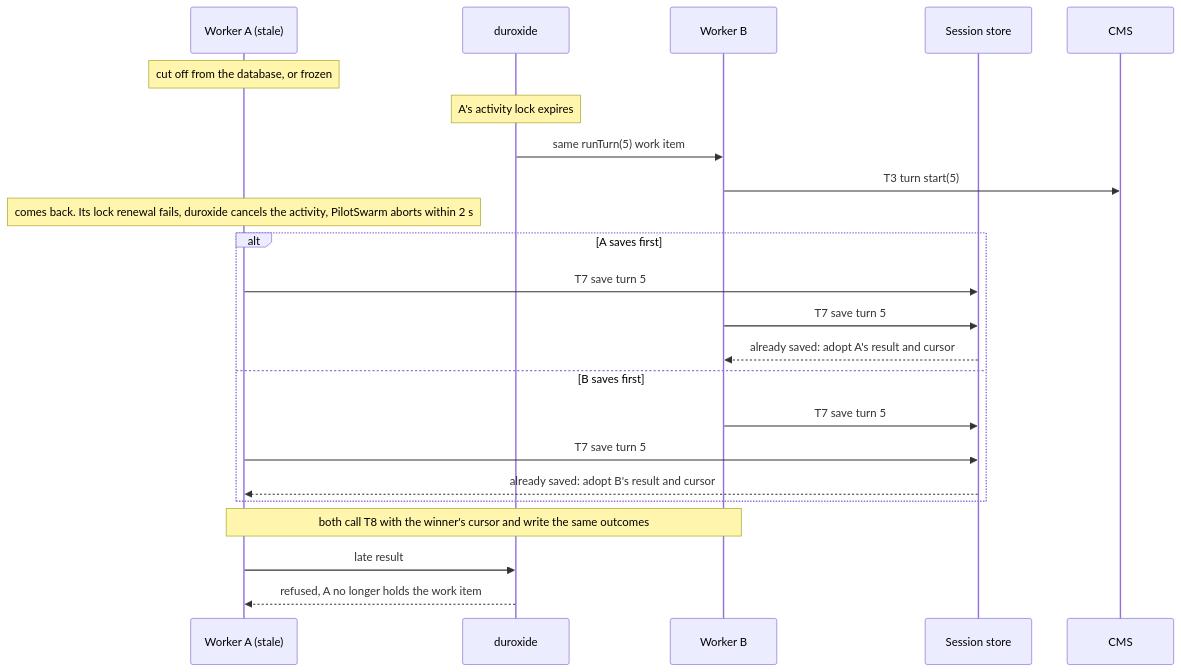
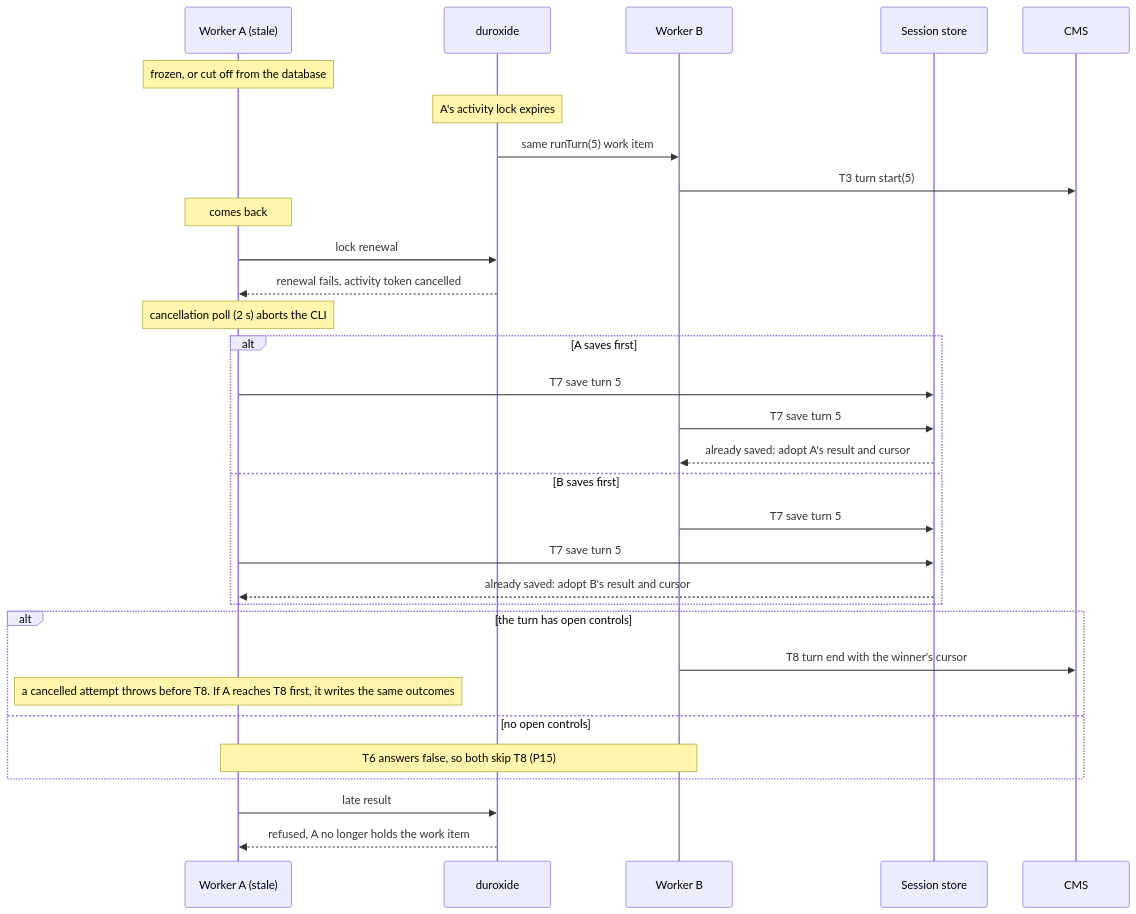
One commit to microsoft/PilotSwarm changed the tenth of 13 diagrams in docs/proposals/session-turn-control.md. Above: the diagram before and after it, drawn with Mermaid. The commit also changed other lines of this file, not shown here.

Commit message:
docs(turn-control): design revision 6 (as built)

````diff
--- a/docs/proposals/session-turn-control.md
+++ b/docs/proposals/session-turn-control.md
@@ -405,25 +470,33 @@
 ```mermaid
 sequenceDiagram
     participant A as Worker A (stale)
     participant X as duroxide
     participant B as Worker B
     participant S as Session store
     participant DB as CMS
-    Note over A: cut off from the database, or frozen
+    Note over A: frozen, or cut off from the database
     Note over X: A's activity lock expires
     X->>B: same runTurn(5) work item
     B->>DB: T3 turn start(5)
-    Note over A: comes back. Its lock renewal fails, duroxide cancels the activity, PilotSwarm aborts within 2 s
+    Note over A: comes back
+    A->>X: lock renewal
+    X-->>A: renewal fails, activity token cancelled
+    Note over A: cancellation poll (2 s) aborts the CLI
     alt A saves first
         A->>S: T7 save turn 5
         B->>S: T7 save turn 5
         S-->>B: already saved: adopt A's result and cursor
     else B saves first
         B->>S: T7 save turn 5
         A->>S: T7 save turn 5
         S-->>A: already saved: adopt B's result and cursor
     end
-    Note over A,B: both call T8 with the winner's cursor and write the same outcomes
+    alt the turn has open controls
+        B->>DB: T8 turn end with the winner's cursor
+        Note over A: a cancelled attempt throws before T8. If A reaches T8 first, it writes the same outcomes
+    else no open controls
+        Note over A,B: T6 answers false, so both skip T8 (P15)
+    end
     A->>X: late result
     X-->>A: refused, A no longer holds the work item
 ```
````
